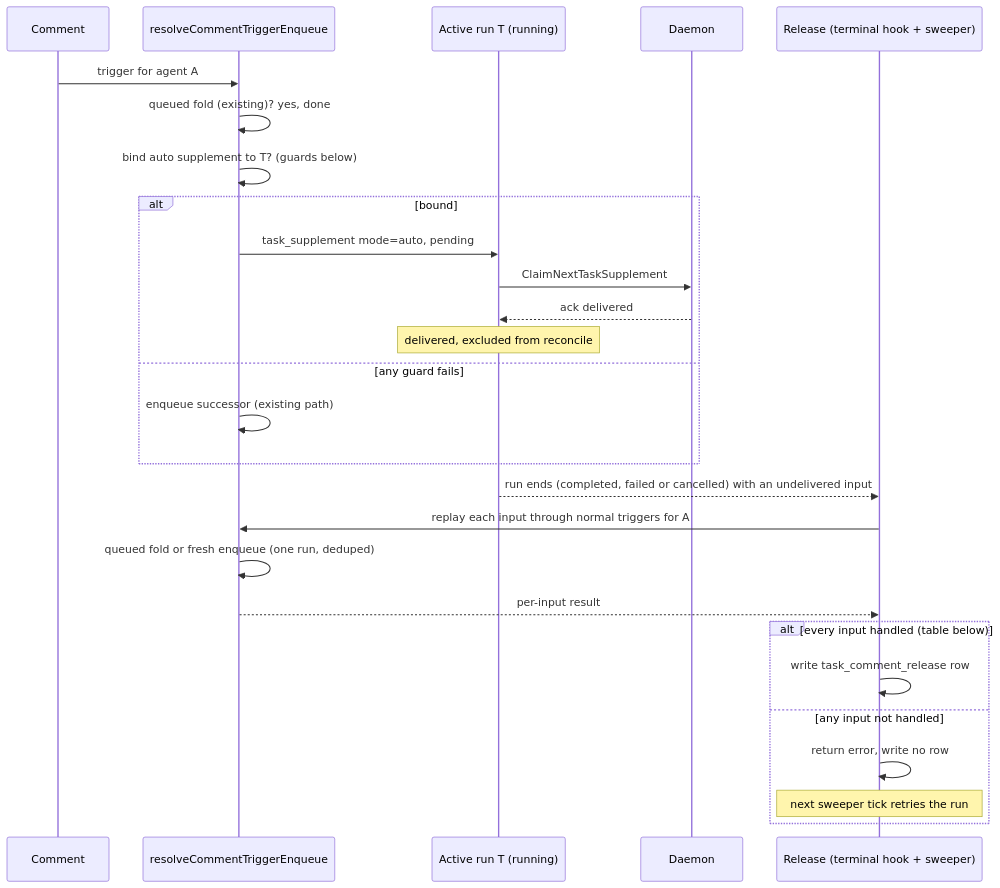
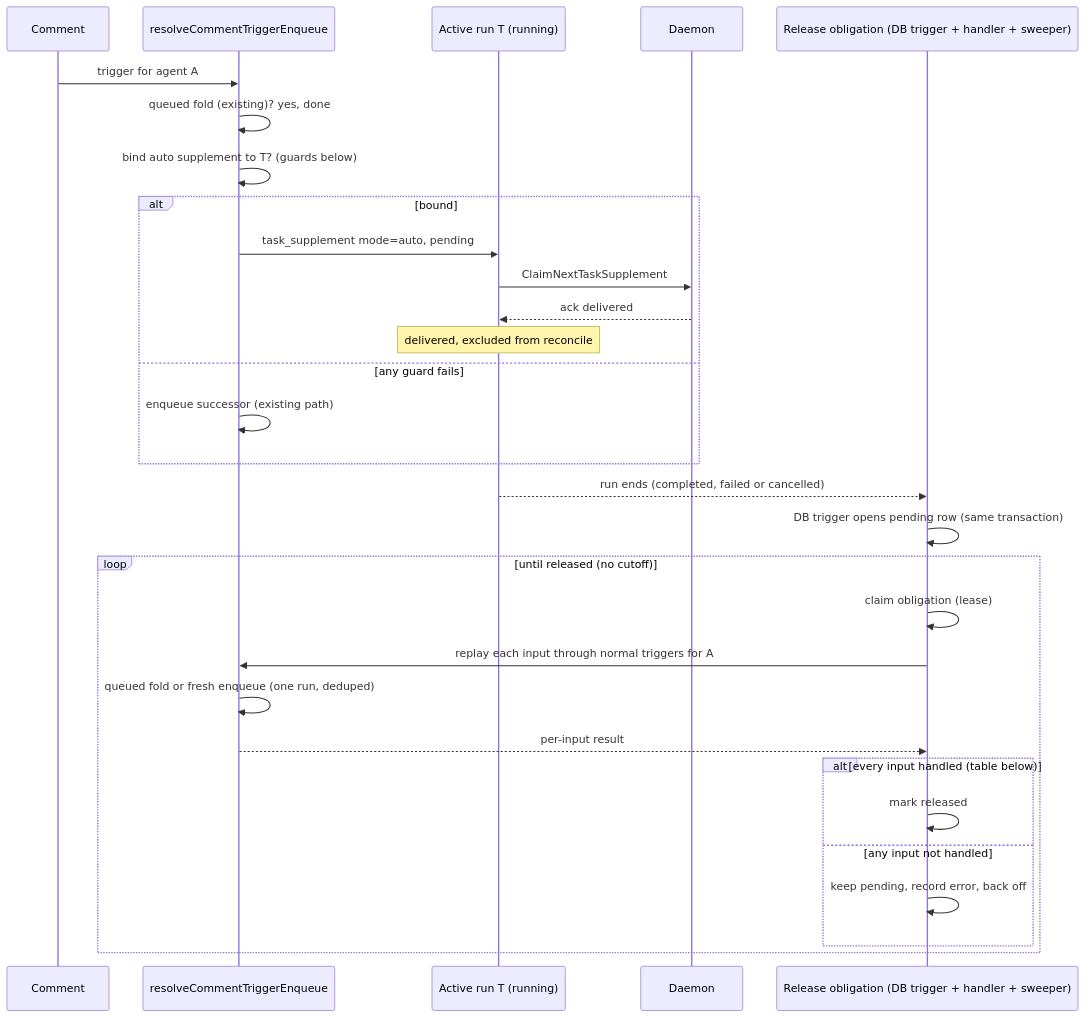
The diagram in docs/engineering/active-run-comment-fold.md (cheese-work/multica), drawn with Mermaid before and after one commit. The commit also changed other lines of this file, not shown here.

Commit message:
docs(triggers): durable release obligation without cutoff, fail closed on replay lookups (CHE-1442)

````diff
--- a/docs/engineering/active-run-comment-fold.md
+++ b/docs/engineering/active-run-comment-fold.md
@@ -37,29 +37,32 @@
 ```mermaid
 sequenceDiagram
     participant C as Comment
     participant R as resolveCommentTriggerEnqueue
     participant T as Active run T (running)
     participant D as Daemon
-    participant X as Release (terminal hook + sweeper)
+    participant X as Release obligation (DB trigger + handler + sweeper)
     C->>R: trigger for agent A
     R->>R: queued fold (existing)? yes, done
     R->>R: bind auto supplement to T? (guards below)
     alt bound
         R->>T: task_supplement mode=auto, pending
         T->>D: ClaimNextTaskSupplement
         D-->>T: ack delivered
         Note over T: delivered, excluded from reconcile
     else any guard fails
         R->>R: enqueue successor (existing path)
     end
-    T-->>X: run ends (completed, failed or cancelled) with an undelivered input
-    X->>R: replay each input through normal triggers for A
-    R->>R: queued fold or fresh enqueue (one run, deduped)
-    R-->>X: per-input result
-    alt every input handled (table below)
-        X->>X: write task_comment_release row
-    else any input not handled
-        X->>X: return error, write no row
-        Note over X: next sweeper tick retries the run
+    T-->>X: run ends (completed, failed or cancelled)
+    X->>X: DB trigger opens pending row (same transaction)
+    loop until released (no cutoff)
+        X->>X: claim obligation (lease)
+        X->>R: replay each input through normal triggers for A
+        R->>R: queued fold or fresh enqueue (one run, deduped)
+        R-->>X: per-input result
+        alt every input handled (table below)
+            X->>X: mark released
+        else any input not handled
+            X->>X: keep pending, record error, back off
+        end
     end
 ```
````
